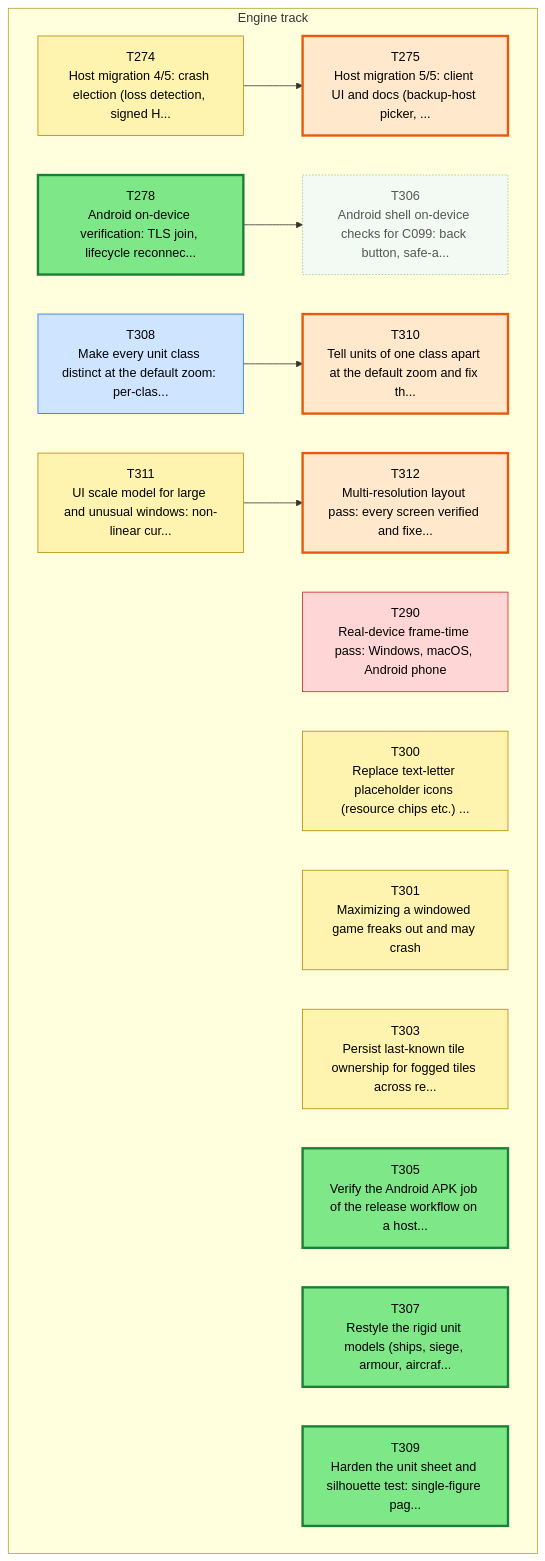
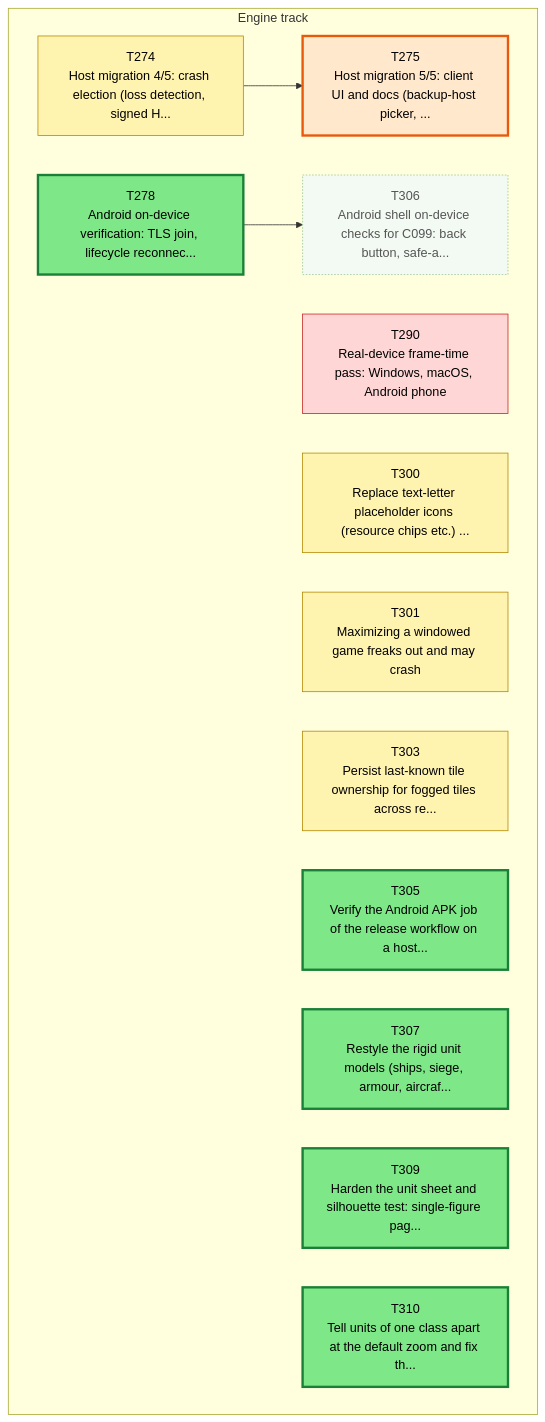
One commit to Kenmura/Unciv changed the first of 3 diagrams in csharp/migration/DEPENDENCY_MAP.md. Above: the diagram before and after it, drawn with Mermaid. The commit also changed other lines of this file and 2 other files, not shown here.

Commit message:
migration: T308 review notes, T310 note

````diff
--- a/csharp/migration/DEPENDENCY_MAP.md
+++ b/csharp/migration/DEPENDENCY_MAP.md
@@ -35,46 +35,38 @@
 ```mermaid
 flowchart TD
   subgraph TTRACK["Engine track"]
     T274["T274<br/>Host migration 4/5: crash election (loss detection, signed H..."]
     T275["T275<br/>Host migration 5/5: client UI and docs (backup-host picker, ..."]
     T278["T278<br/>Android on-device verification: TLS join, lifecycle reconnec..."]
     T290["T290<br/>Real-device frame-time pass: Windows, macOS, Android phone"]
     T300["T300<br/>Replace text-letter placeholder icons (resource chips etc.) ..."]
     T301["T301<br/>Maximizing a windowed game freaks out and may crash"]
     T303["T303<br/>Persist last-known tile ownership for fogged tiles across re..."]
     T305["T305<br/>Verify the Android APK job of the release workflow on a host..."]
     T306["T306<br/>Android shell on-device checks for C099: back button, safe-a..."]
     T307["T307<br/>Restyle the rigid unit models (ships, siege, armour, aircraf..."]
-    T308["T308<br/>Make every unit class distinct at the default zoom: per-clas..."]
     T309["T309<br/>Harden the unit sheet and silhouette test: single-figure pag..."]
     T310["T310<br/>Tell units of one class apart at the default zoom and fix th..."]
-    T311["T311<br/>UI scale model for large and unusual windows: non-linear cur..."]
-    T312["T312<br/>Multi-resolution layout pass: every screen verified and fixe..."]
   end
   T274 --> T275
   T278 --> T306
-  T308 --> T310
-  T311 --> T312
   classDef waiting fill:#f3faf3,stroke:#9bc49b,color:#555,stroke-dasharray:2 2
   classDef ondeck fill:#ffe8cc,stroke:#e8590c,stroke-width:3px,color:#000
   classDef ready fill:#7ee787,stroke:#1a7f37,stroke-width:3px,color:#000
   classDef prog fill:#fff3b0,stroke:#b58900,color:#000
   classDef review fill:#cfe4ff,stroke:#1f6feb,color:#000
   classDef blocked fill:#ffd6d6,stroke:#c62828,color:#000
   classDef done fill:#eeeeee,stroke:#999999,color:#666,stroke-dasharray:4 3
   class T274 prog
   class T275 ondeck
   class T278 ready
   class T290 blocked
   class T300 prog
   class T301 prog
   class T303 prog
   class T305 ready
   class T306 waiting
   class T307 ready
-  class T308 review
   class T309 ready
-  class T310 ondeck
-  class T311 prog
-  class T312 ondeck
+  class T310 ready
 ```
````
